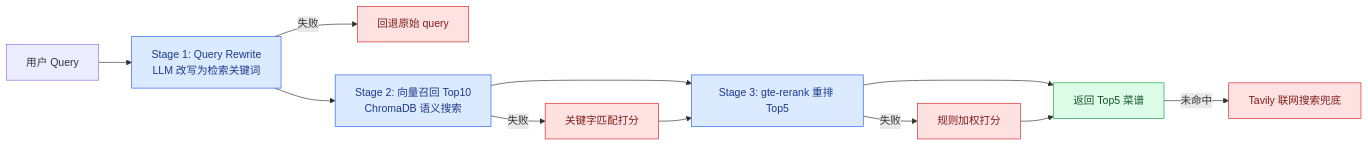
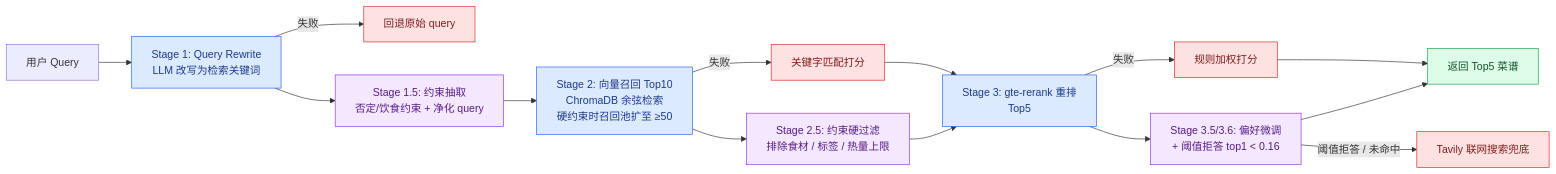
Before and after one commit to Wangdake00/zhishan-ai-cooking-agent: the second of 3 diagrams in README.md, drawn with Mermaid. The commit also changed other lines of this file, not shown here.

````diff
--- a/README.md
+++ b/README.md
@@ -135,17 +173,21 @@
 ```mermaid
 flowchart LR
     classDef stage fill:#dbeafe,stroke:#2563eb,color:#1e3a8a
+    classDef guard fill:#f3e8ff,stroke:#9333ea,color:#581c87
     classDef fallback fill:#fee2e2,stroke:#dc2626,color:#7f1d1d
     classDef output fill:#dcfce7,stroke:#16a34a,color:#14532d
 
     Q[用户 Query] --> S1[Stage 1: Query Rewrite<br/>LLM 改写为检索关键词]:::stage
     S1 -->|失败| F1[回退原始 query]:::fallback
-    S1 --> S2[Stage 2: 向量召回 Top10<br/>ChromaDB 语义搜索]:::stage
+    S1 --> S15[Stage 1.5: 约束抽取<br/>否定/饮食约束 + 净化 query]:::guard
+    S15 --> S2[Stage 2: 向量召回 Top10<br/>ChromaDB 余弦检索<br/>硬约束时召回池扩至 ≥50]:::stage
     S2 -->|失败| F2[关键字匹配打分]:::fallback
-    S2 --> S3[Stage 3: gte-rerank 重排 Top5]:::stage
+    S2 --> S25[Stage 2.5: 约束硬过滤<br/>排除食材 / 标签 / 热量上限]:::guard
+    S25 --> S3[Stage 3: gte-rerank 重排<br/>Top5]:::stage
     S3 -->|失败| F3[规则加权打分]:::fallback
-    S3 --> OUT[返回 Top5 菜谱]:::output
+    S3 --> S35[Stage 3.5/3.6: 偏好微调<br/>+ 阈值拒答 top1 &lt; 0.16]:::guard
+    S35 --> OUT[返回 Top5 菜谱]:::output
     F2 --> S3
     F3 --> OUT
-    OUT -->|未命中| TV[Tavily 联网搜索兜底]:::fallback
+    S35 -->|阈值拒答 / 未命中| TV[Tavily 联网搜索兜底]:::fallback
 ```
````
